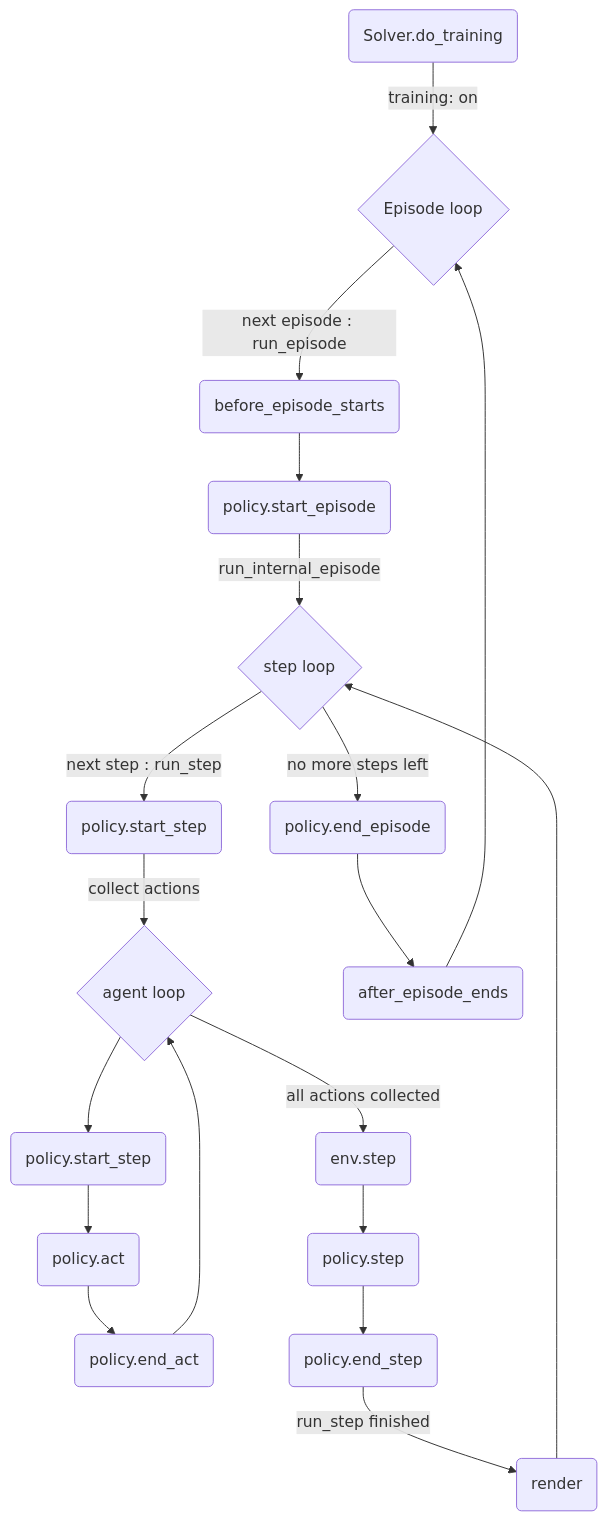
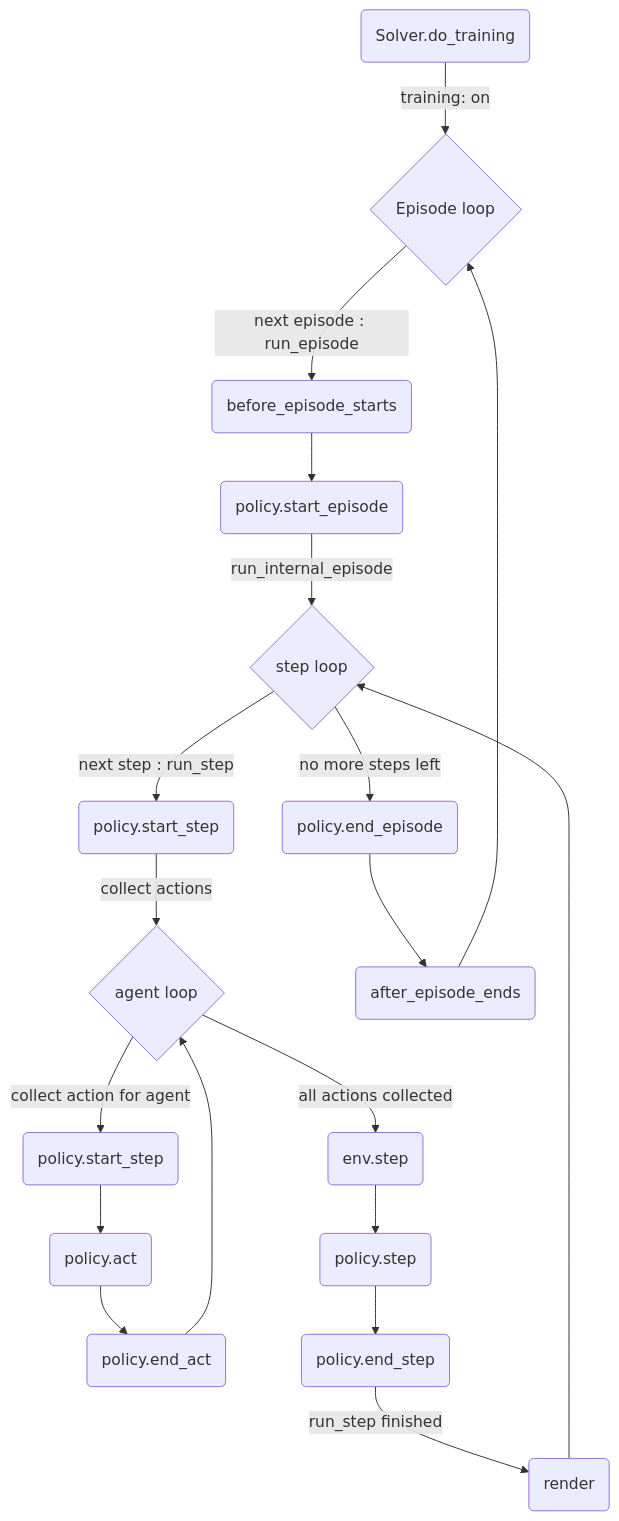
Before and after one commit to aiAdrian/flatland_solver_policy: the second of 2 diagrams in README.md, drawn with Mermaid.

````diff
--- a/README.md
+++ b/README.md
@@ -32,22 +32,22 @@
 ```mermaid
 flowchart TD
     B(Solver.do_training)
     B --> |training: on| C{Episode loop}
     C --> |next episode : run_episode| D1(before_episode_starts)
     D1 --> D2(policy.start_episode)
     D2 --> |run_internal_episode| E{step loop}
     F1 --> |collect actions| G{agent loop}
     E --> |next step : run_step| F1(policy.start_step)
-    G -->  G1(policy.start_step)
+    G -->  |collect action for agent| G1(policy.start_step)
     G1 --> G2(policy.act)
     G2 --> G3(policy.end_act)
     G3 --> G
     G --> |all actions collected|F2(env.step)
     F2 --> F3(policy.step)
     F3 --> F4(policy.end_step)
     F5 --> E
     D5 --> C
     E --> |no more steps left| D4(policy.end_episode)
     D4 --> D5(after_episode_ends) 
     F4 --> |run_step finished| F5(render) 
 ```
````
